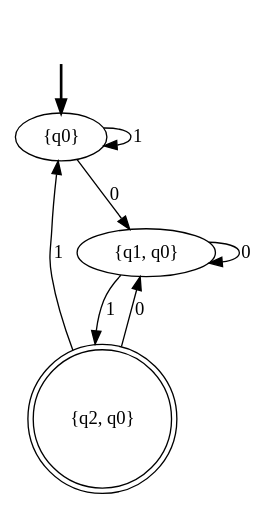
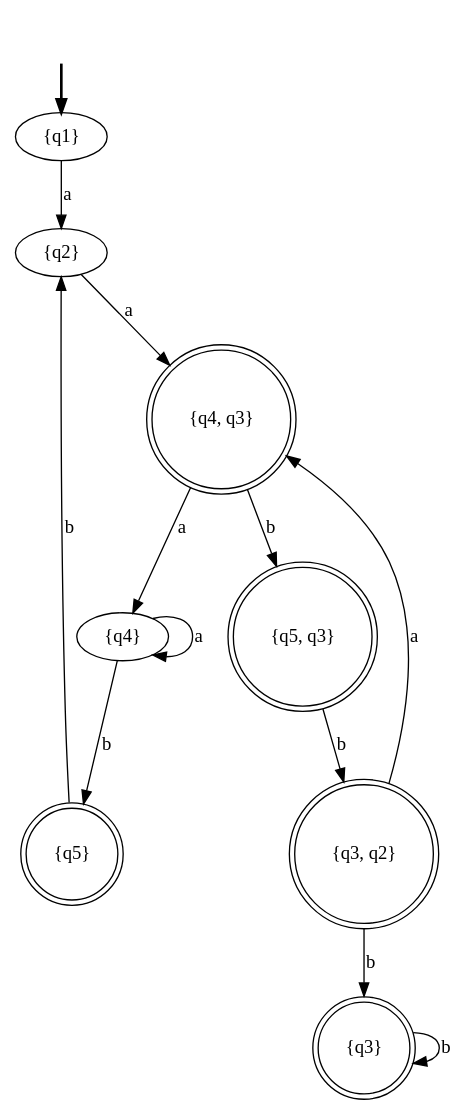
One commit to dunyaoguz/automata_wizard changed the diagram in graphs/graph2.png.dot. Above: the diagram before and after it, drawn with Graphviz. The commit also changed 8 other files, not shown here.

```diff
--- a/graphs/graph2.png.dot
+++ b/graphs/graph2.png.dot
@@ -1,13 +1,23 @@
 digraph {
 	fake [style=invisible]
-	"{q2, q0}" [shape=doublecircle]
-	"{q1, q0}"
-	"{q0}" [root=true]
-	fake -> "{q0}" [style=bold]
-	"{q0}" -> "{q1, q0}" [label=0]
-	"{q0}" -> "{q0}" [label=1]
-	"{q1, q0}" -> "{q1, q0}" [label=0]
-	"{q1, q0}" -> "{q2, q0}" [label=1]
-	"{q2, q0}" -> "{q1, q0}" [label=0]
-	"{q2, q0}" -> "{q0}" [label=1]
+	"{q3, q2}" [shape=doublecircle]
+	"{q1}" [root=true]
+	"{q5}" [shape=doublecircle]
+	"{q2}"
+	"{q4, q3}" [shape=doublecircle]
+	"{q3}" [shape=doublecircle]
+	"{q4}"
+	"{q5, q3}" [shape=doublecircle]
+	fake -> "{q1}" [style=bold]
+	"{q1}" -> "{q2}" [label=a]
+	"{q2}" -> "{q4, q3}" [label=a]
+	"{q3}" -> "{q3}" [label=b]
+	"{q4}" -> "{q4}" [label=a]
+	"{q4}" -> "{q5}" [label=b]
+	"{q5}" -> "{q2}" [label=b]
+	"{q4, q3}" -> "{q4}" [label=a]
+	"{q4, q3}" -> "{q5, q3}" [label=b]
+	"{q5, q3}" -> "{q3, q2}" [label=b]
+	"{q3, q2}" -> "{q4, q3}" [label=a]
+	"{q3, q2}" -> "{q3}" [label=b]
 }
```
